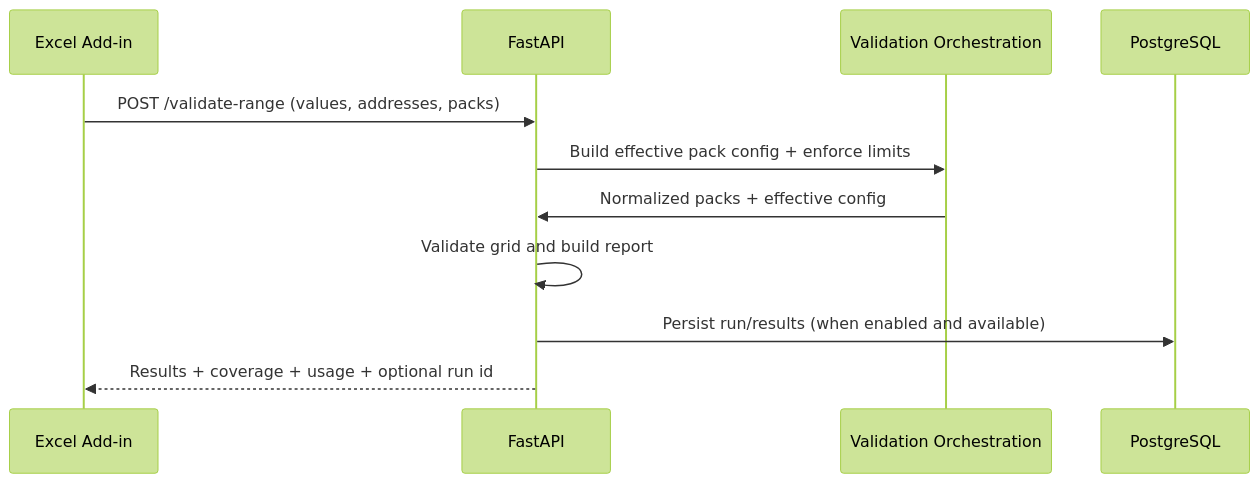
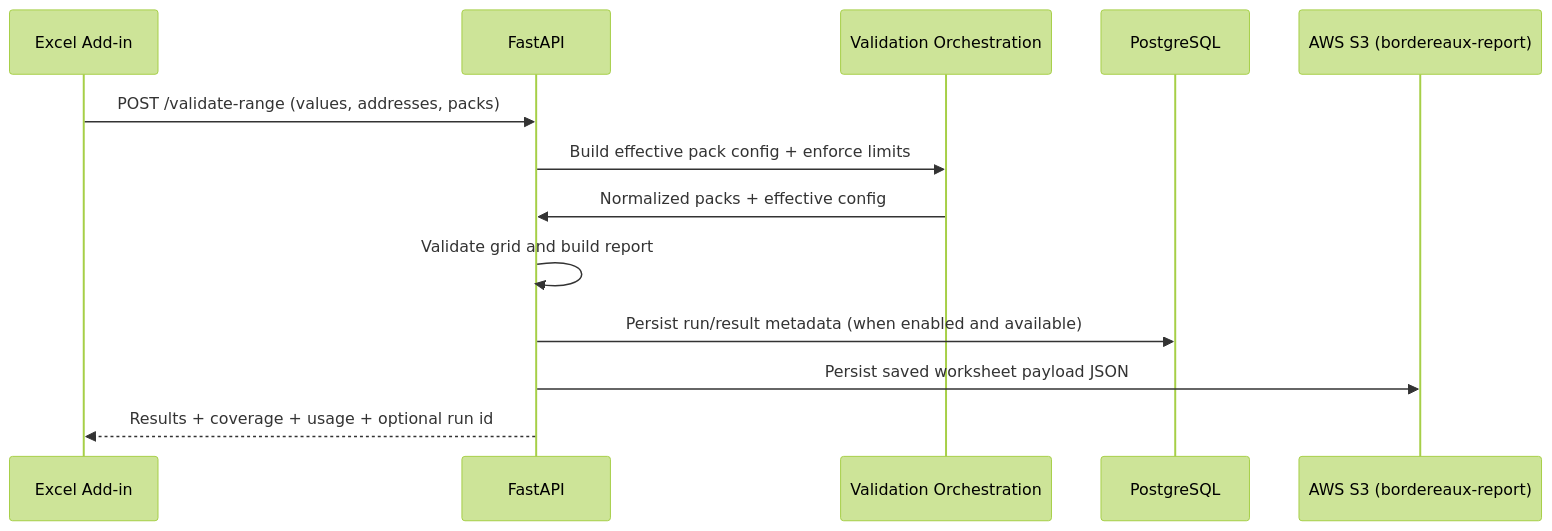
The first of 2 diagrams in docs/architecture.md (harvey-allen/bordereaux-validation), drawn with Mermaid (forest theme) before and after one commit. The commit also changed other lines of this file and 25 other files, not shown here.

````diff
--- a/docs/architecture.md
+++ b/docs/architecture.md
@@ -15,14 +15,16 @@
 ```mermaid
 sequenceDiagram
     participant FE as Excel Add-in
     participant API as FastAPI
     participant VAL as Validation Orchestration
     participant DB as PostgreSQL
+    participant S3 as AWS S3 (bordereaux-report)
 
     FE->>API: POST /validate-range (values, addresses, packs)
     API->>VAL: Build effective pack config + enforce limits
     VAL->>API: Normalized packs + effective config
     API->>API: Validate grid and build report
-    API->>DB: Persist run/results (when enabled and available)
+    API->>DB: Persist run/result metadata (when enabled and available)
+    API->>S3: Persist saved worksheet payload JSON
     API-->>FE: Results + coverage + usage + optional run id
 ```
````
